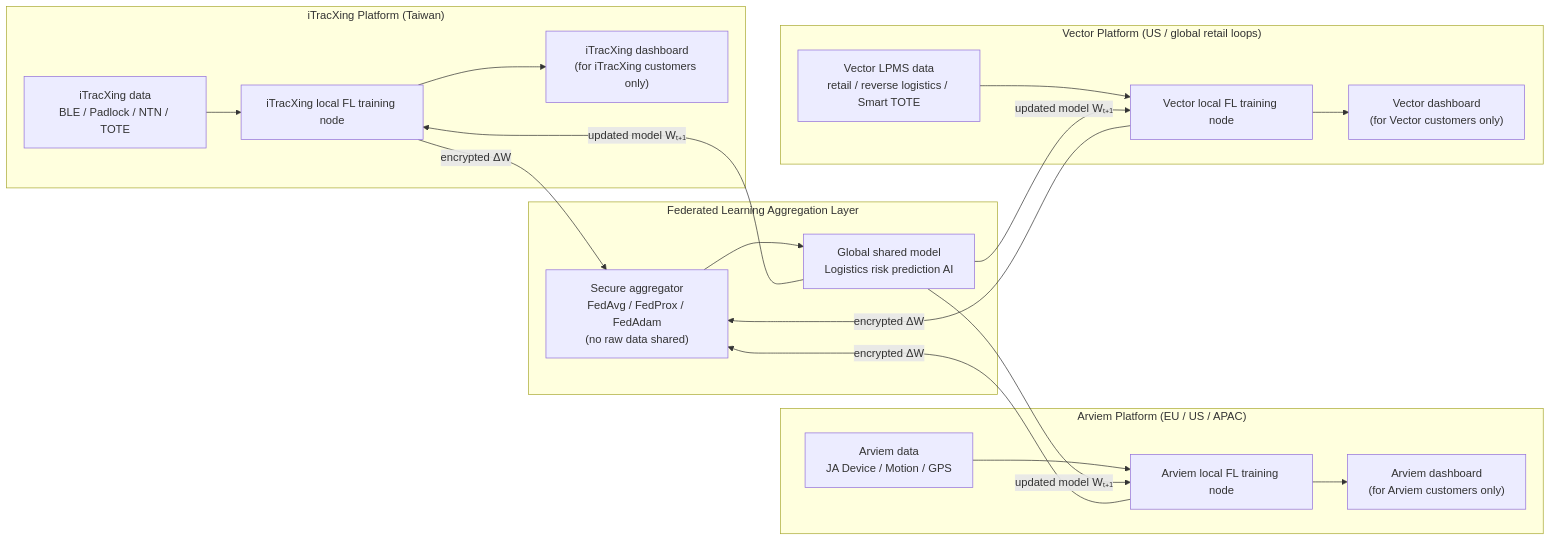
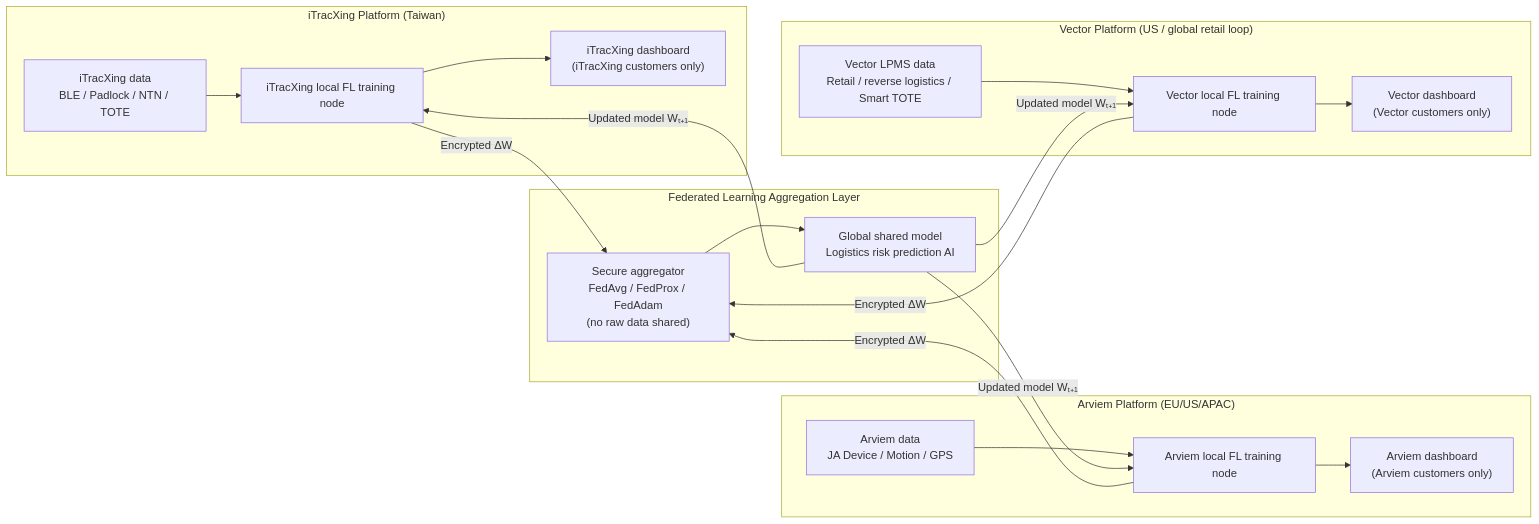
The ninth of 10 diagrams in proposal/AI-Application-Enhancement-Program-Proposal-Submission.md (jshuo/ai-moea-proposal), drawn with Mermaid before and after one commit. The commit also changed other lines of this file and 3 other files, not shown here.

````diff
--- a/proposal/AI-Application-Enhancement-Program-Proposal-Submission.md
+++ b/proposal/AI-Application-Enhancement-Program-Proposal-Submission.md
@@ -749,61 +754,61 @@
-```mermaid
-flowchart LR
+  ```mermaid
+  flowchart LR
 
-  %% ===========================
-  %%   iTracXing Platform
-  %% ===========================
-  subgraph ITX["iTracXing Platform (Taiwan)"]
-    ITX_Data["iTracXing data<br>BLE / Padlock / NTN / TOTE"]
-    ITX_ML["iTracXing local FL training node"]
-    ITX_UI["iTracXing dashboard<br>(for iTracXing customers only)"]
-  end
+    %% ===========================
+    %%   iTracXing Platform
+    %% ===========================
+    subgraph ITX["iTracXing Platform (Taiwan)"]
+      ITX_Data["iTracXing data<br>BLE / Padlock / NTN / TOTE"]
+      ITX_ML["iTracXing local FL training node"]
+      ITX_UI["iTracXing dashboard<br/>(iTracXing customers only)"]
+    end
 
-  ITX_Data --> ITX_ML
-  ITX_ML --> ITX_UI
+    ITX_Data --> ITX_ML
+    ITX_ML --> ITX_UI
 
 
-  %% ===========================
-  %%   Arviem Platform
-  %% ===========================
-  subgraph ARV["Arviem Platform (EU / US / APAC)"]
-    ARV_Data["Arviem data<br>JA Device / Motion / GPS"]
-    ARV_ML["Arviem local FL training node"]
-    ARV_UI["Arviem dashboard<br>(for Arviem customers only)"]
-  end
+    %% ===========================
+    %%   Arviem Platform
+    %% ===========================
+    subgraph ARV["Arviem Platform (EU/US/APAC)"]
+      ARV_Data["Arviem data<br>JA Device / Motion / GPS"]
+      ARV_ML["Arviem local FL training node"]
+      ARV_UI["Arviem dashboard<br/>(Arviem customers only)"]
+    end
 
-  ARV_Data --> ARV_ML
-  ARV_ML --> ARV_UI
+    ARV_Data --> ARV_ML
+    ARV_ML --> ARV_UI
 
 
-  %% ===========================
-  %%   Vector Platform
-  %% ===========================
-  subgraph VEC["Vector Platform (US / global retail loops)"]
-    VEC_Data["Vector LPMS data<br>retail / reverse logistics / Smart TOTE"]
-    VEC_ML["Vector local FL training node"]
-    VEC_UI["Vector dashboard<br>(for Vector customers only)"]
-  end
+    %% ===========================
+    %%   Vector Platform
+    %% ===========================
+    subgraph VEC["Vector Platform (US / global retail loop)"]
+      VEC_Data["Vector LPMS data<br/>Retail / reverse logistics / Smart TOTE"]
+      VEC_ML["Vector local FL training node"]
+      VEC_UI["Vector dashboard<br/>(Vector customers only)"]
+    end
 
-  VEC_Data --> VEC_ML
-  VEC_ML --> VEC_UI
+    VEC_Data --> VEC_ML
+    VEC_ML --> VEC_UI
 
 
-  %% ===========================
-  %%   Federated Learning Aggregation
-  %% ===========================
-  ITX_ML -->|encrypted ΔW| AGG
-  ARV_ML -->|encrypted ΔW| AGG
-  VEC_ML -->|encrypted ΔW| AGG
+    %% ===========================
+    %%   Federated Aggregation Layer
+    %% ===========================
+    ITX_ML -->|Encrypted ΔW| AGG
+    ARV_ML -->|Encrypted ΔW| AGG
+    VEC_ML -->|Encrypted ΔW| AGG
 
-  subgraph FED["Federated Learning Aggregation Layer"]
-    AGG["Secure aggregator<br>FedAvg / FedProx / FedAdam<br>(no raw data shared)"]
-    GM["Global shared model<br>Logistics risk prediction AI"]
-  end
+    subgraph FED["Federated Learning Aggregation Layer"]
+      AGG["Secure aggregator<br/>FedAvg / FedProx / FedAdam<br/>(no raw data shared)"]
+      GM["Global shared model<br/>Logistics risk prediction AI"]
+    end
 
-  AGG --> GM
+    AGG --> GM
 
-  %% Redistribute the global updated model
-  GM -->|updated model Wₜ₊₁| ITX_ML
-  GM -->|updated model Wₜ₊₁| ARV_ML
-  GM -->|updated model Wₜ₊₁| VEC_ML
-```
+    %% Redistribute globally updated model
+    GM -->|Updated model Wₜ₊₁| ITX_ML
+    GM -->|Updated model Wₜ₊₁| ARV_ML
+    GM -->|Updated model Wₜ₊₁| VEC_ML
+  ```
````
